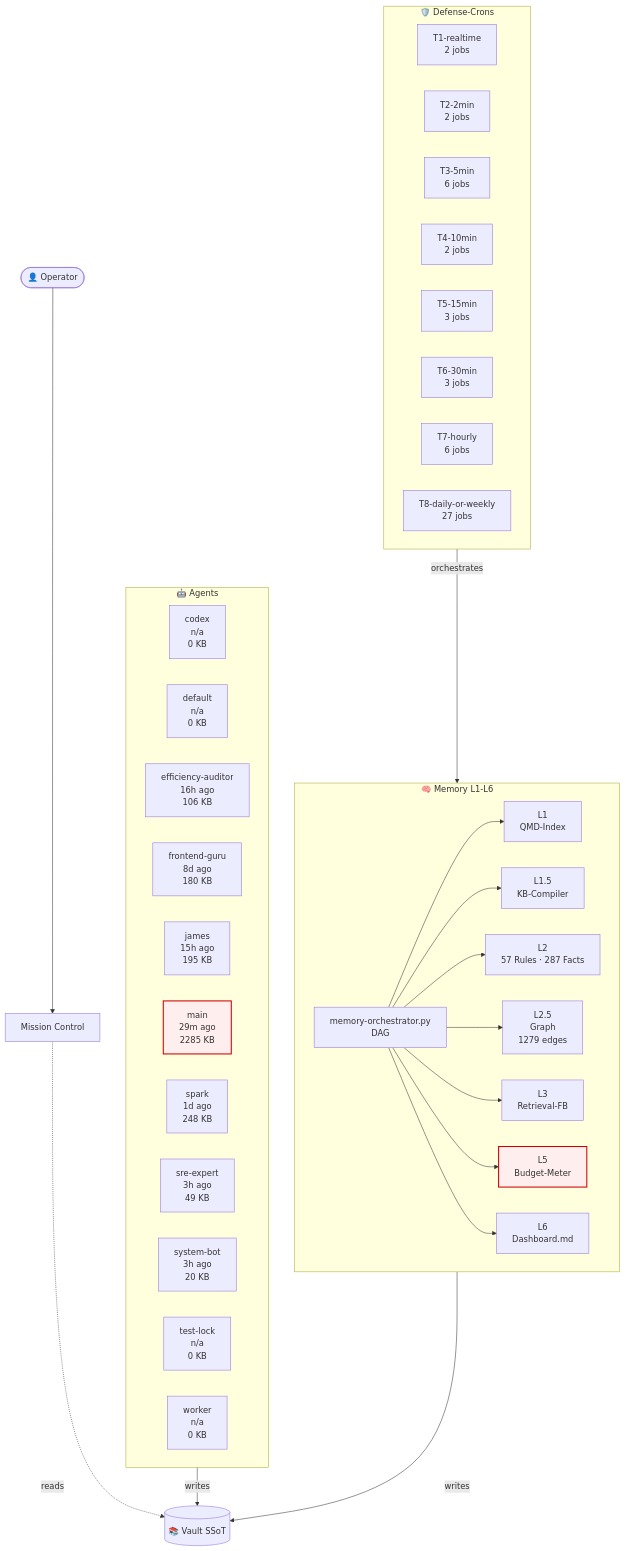
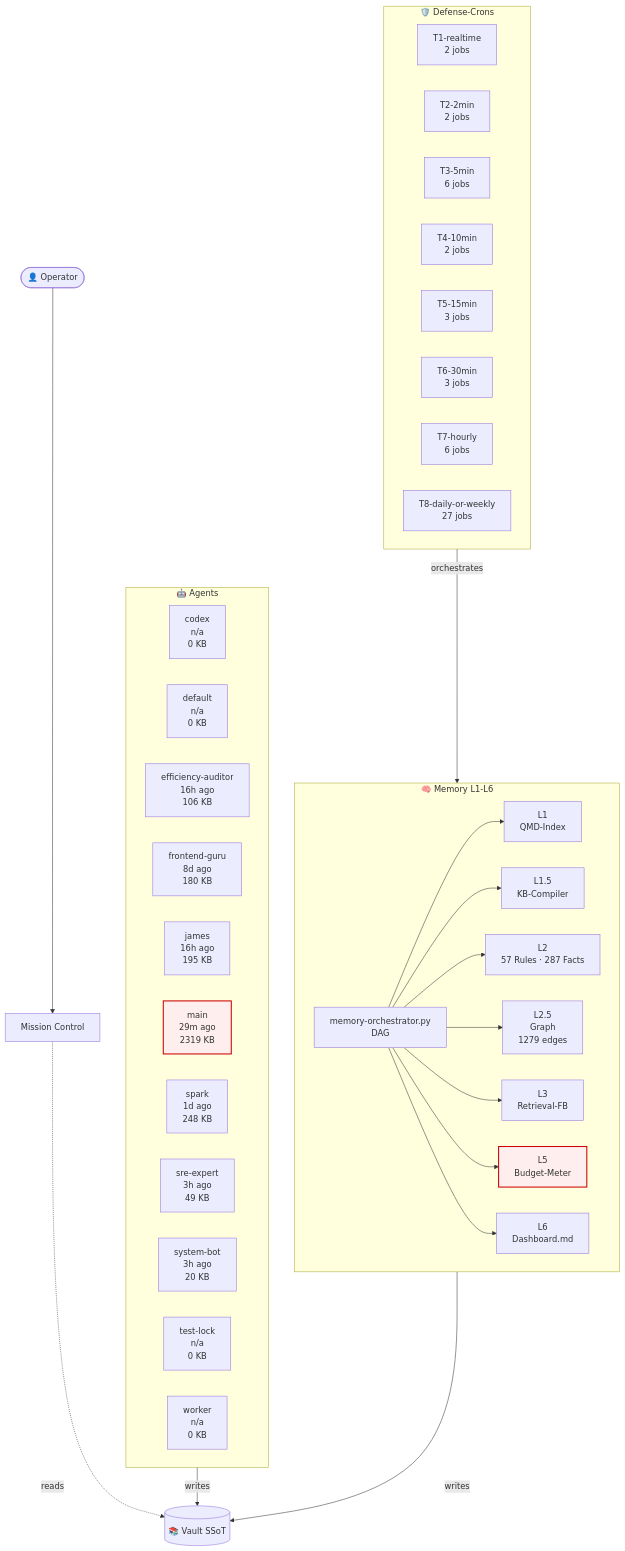
One commit to lenardhuebner88-rgb/openclaw-memory changed the diagram in 03-Agents/architecture-live.md. Above: the diagram before and after it, drawn with Mermaid. The commit also changed other lines of this file and 1 other file, not shown here.

````diff
--- a/03-Agents/architecture-live.md
+++ b/03-Agents/architecture-live.md
@@ -18,54 +18,54 @@
 ```mermaid
 flowchart TB
     classDef critical fill:#fee,stroke:#c00,stroke-width:2px;
     subgraph AGT["🤖 Agents"]
         agent_codex["codex<br/>n/a<br/>0 KB"]
         agent_default["default<br/>n/a<br/>0 KB"]
         agent_efficiency_auditor["efficiency-auditor<br/>16h ago<br/>106 KB"]
         agent_frontend_guru["frontend-guru<br/>8d ago<br/>180 KB"]
-        agent_james["james<br/>15h ago<br/>195 KB"]
-        agent_main["main<br/>29m ago<br/>2285 KB"]
+        agent_james["james<br/>16h ago<br/>195 KB"]
+        agent_main["main<br/>29m ago<br/>2319 KB"]
         agent_spark["spark<br/>1d ago<br/>248 KB"]
         agent_sre_expert["sre-expert<br/>3h ago<br/>49 KB"]
         agent_system_bot["system-bot<br/>3h ago<br/>20 KB"]
         agent_test_lock["test-lock<br/>n/a<br/>0 KB"]
         agent_worker["worker<br/>n/a<br/>0 KB"]
     end
     subgraph MEM["🧠 Memory L1-L6"]
         L1["L1<br/>QMD-Index"]
         L15["L1.5<br/>KB-Compiler"]
         L2["L2<br/>57 Rules · 287 Facts"]
         L25["L2.5<br/>Graph<br/>1279 edges"]
         L3["L3<br/>Retrieval-FB"]
         L5["L5<br/>Budget-Meter"]
         L6["L6<br/>Dashboard.md"]
         ORCH["memory-orchestrator.py<br/>DAG"]
     end
     subgraph CRN["🛡️ Defense-Crons"]
         tier_T1_realtime["T1-realtime<br/>2 jobs"]
         tier_T2_2min["T2-2min<br/>2 jobs"]
         tier_T3_5min["T3-5min<br/>6 jobs"]
         tier_T4_10min["T4-10min<br/>2 jobs"]
         tier_T5_15min["T5-15min<br/>3 jobs"]
         tier_T6_30min["T6-30min<br/>3 jobs"]
         tier_T7_hourly["T7-hourly<br/>6 jobs"]
         tier_T8_daily_or_weekly["T8-daily-or-weekly<br/>27 jobs"]
     end
     VAULT[("📚 Vault SSoT")]
     OP([👤 Operator])
     MC["Mission Control"]
     OP --> MC
     MC -.reads.-> VAULT
     AGT -->|writes| VAULT
     MEM -->|writes| VAULT
     ORCH --> L1
     ORCH --> L15
     ORCH --> L2
     ORCH --> L25
     ORCH --> L3
     ORCH --> L5
     ORCH --> L6
     CRN -->|orchestrates| MEM
     class L5 critical
     class agent_main critical
 ```
````
